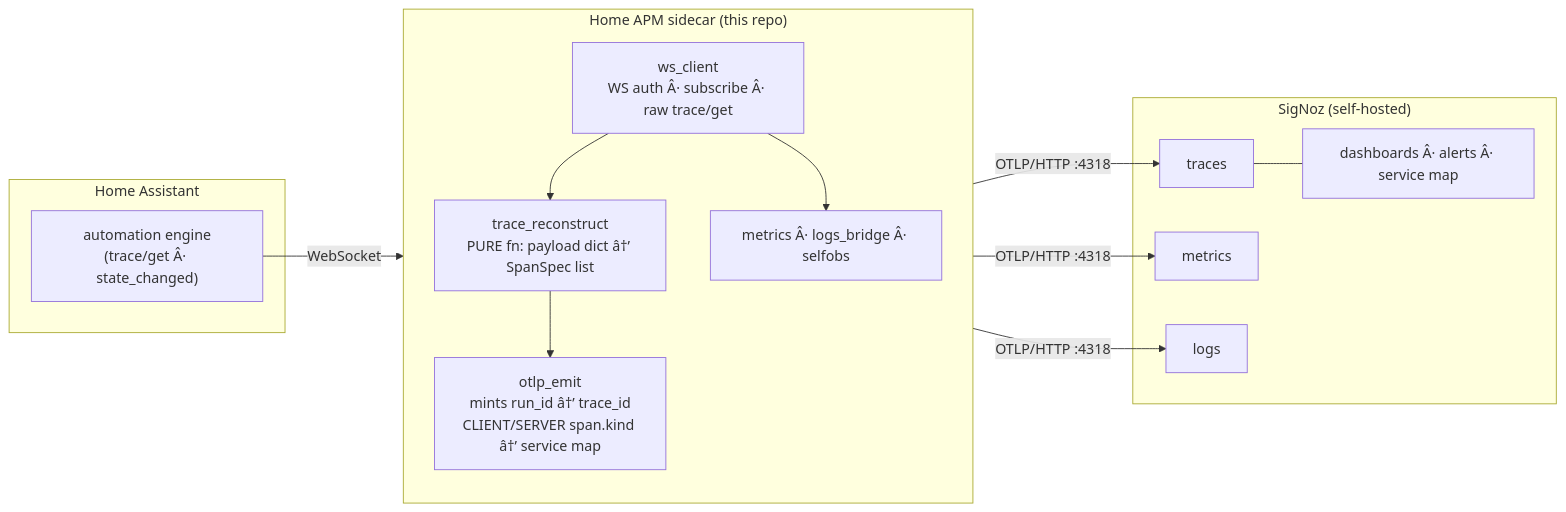
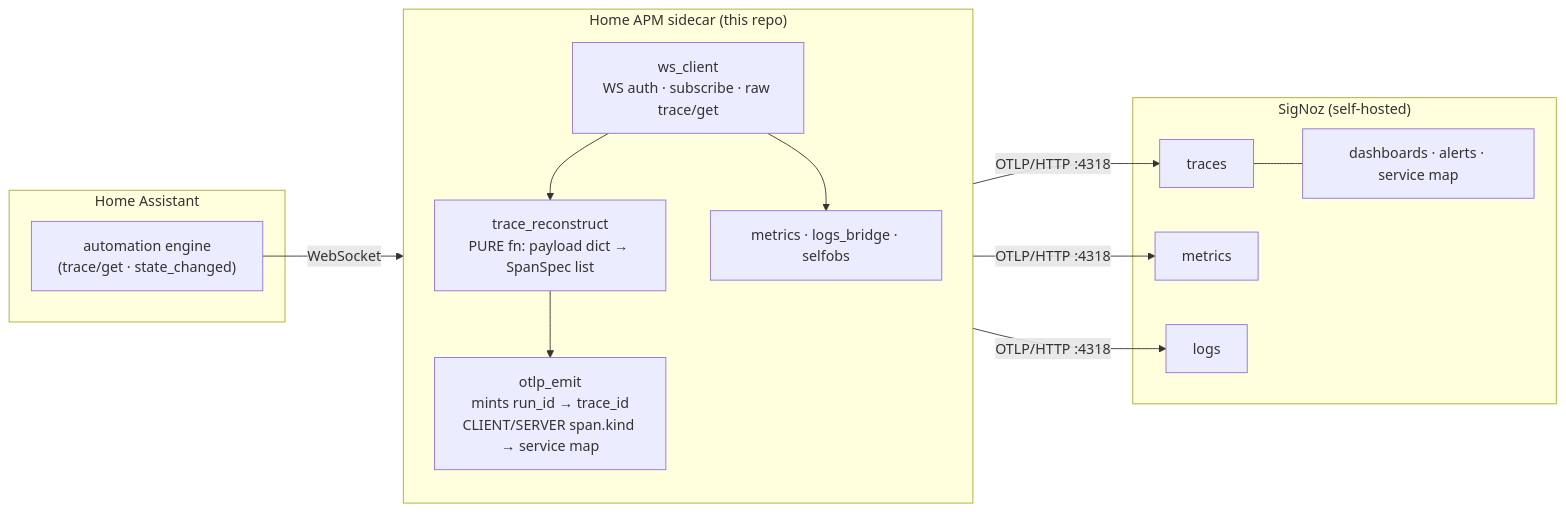
One commit to wiz-abhi/Home-APM changed the diagram in README.md. Above: the diagram before and after it, drawn with Mermaid. The commit also changed other lines of this file and 6 other files, not shown here.

````diff
--- a/README.md
+++ b/README.md
@@ -64,26 +64,26 @@
 ```mermaid
 flowchart LR
     subgraph HA["Home Assistant"]
-      AE["automation engine<br/>(trace/get Â· state_changed)"]
+      AE["automation engine<br/>(trace/get · state_changed)"]
     end
     subgraph SIDE["Home APM sidecar (this repo)"]
       direction TB
-      WS["ws_client<br/>WS auth Â· subscribe Â· raw trace/get"]
-      TR["trace_reconstruct<br/>PURE fn: payload dict â†’ SpanSpec list"]
-      EM["otlp_emit<br/>mints run_id â†’ trace_id<br/>CLIENT/SERVER span.kind â†’ service map"]
-      MET["metrics Â· logs_bridge Â· selfobs"]
+      WS["ws_client<br/>WS auth · subscribe · raw trace/get"]
+      TR["trace_reconstruct<br/>PURE fn: payload dict → SpanSpec list"]
+      EM["otlp_emit<br/>mints run_id → trace_id<br/>CLIENT/SERVER span.kind → service map"]
+      MET["metrics · logs_bridge · selfobs"]
       WS --> TR --> EM
       WS --> MET
     end
     subgraph SZ["SigNoz (self-hosted)"]
       T["traces"]
       M["metrics"]
       L["logs"]
-      D["dashboards Â· alerts Â· service map"]
+      D["dashboards · alerts · service map"]
     end
     AE -- "WebSocket" --> WS
     EM -- "OTLP/HTTP :4318" --> T
     MET -- "OTLP/HTTP :4318" --> M
     MET -- "OTLP/HTTP :4318" --> L
     T --- D
 ```
````
